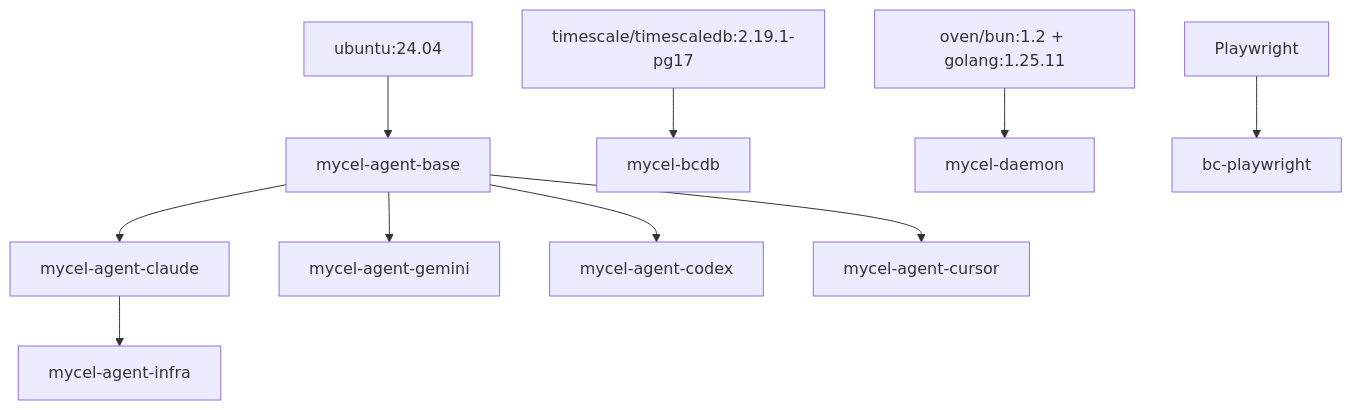
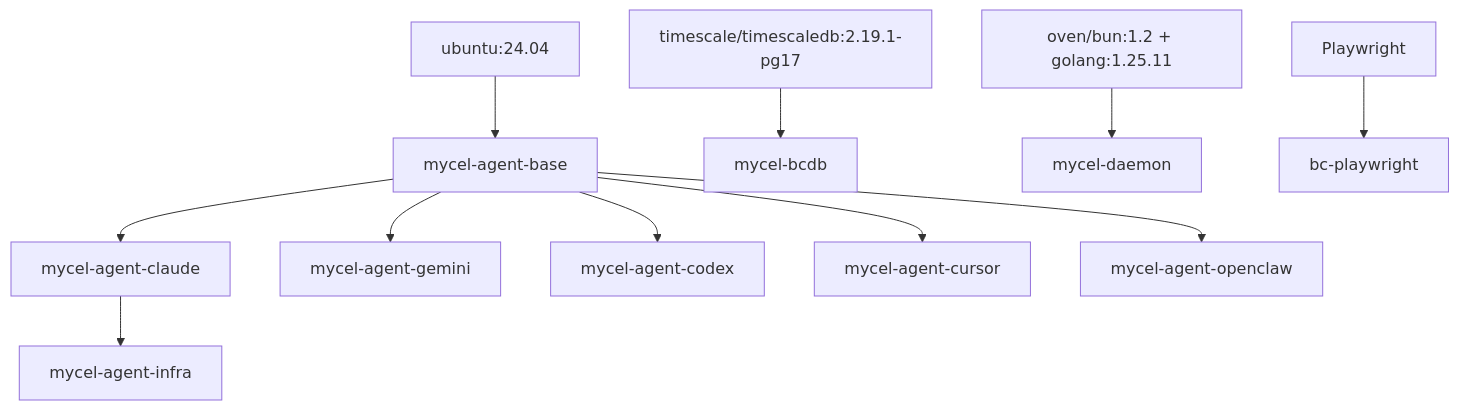
One commit to rpuneet/bc changed the second of 3 diagrams in docs/explanation/deployment.md. Above: the diagram before and after it, drawn with Mermaid. The commit also changed other lines of this file and 9 other files, not shown here.

````diff
--- a/docs/explanation/deployment.md
+++ b/docs/explanation/deployment.md
@@ -46,13 +46,14 @@
 ```mermaid
 graph TD
     U[ubuntu:24.04] --> BASE[mycel-agent-base]
     BASE --> CLAUDE[mycel-agent-claude]
     BASE --> GEMINI[mycel-agent-gemini]
     BASE --> CODEX[mycel-agent-codex]
     BASE --> CURSOR[mycel-agent-cursor]
+    BASE --> OPENCLAW[mycel-agent-openclaw]
     CLAUDE --> INFRA[mycel-agent-infra]
 
     TS[timescale/timescaledb:2.19.1-pg17] --> BCDB[mycel-bcdb]
     BUILD[oven/bun:1.2 + golang:1.25.11] --> DAEMON[mycel-daemon]
     PW[Playwright] --> PWI[bc-playwright]
 ```
````
